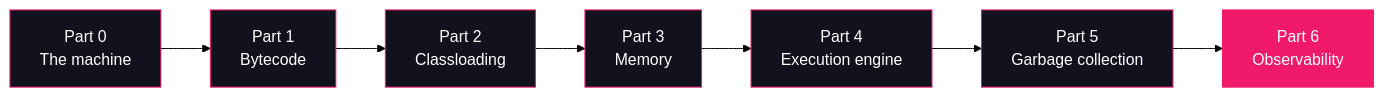
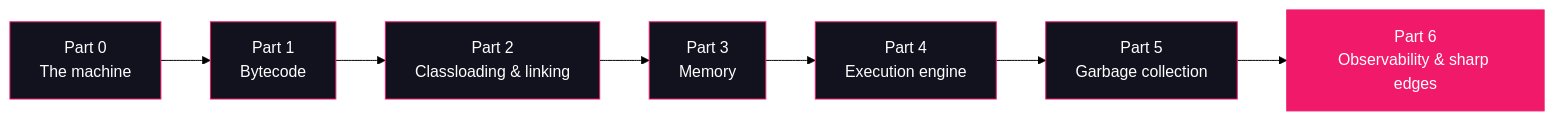
Before and after one commit to Dancan254/jvm-internals: the diagram in README.md, drawn with Mermaid (forest theme). The commit also changed 7 other files, not shown here.

````diff
--- a/README.md
+++ b/README.md
@@ -58,17 +58,17 @@
 ```mermaid
 flowchart LR
     P0["Part 0<br/>The machine"] --> P1["Part 1<br/>Bytecode"]
-    P1 --> P2["Part 2<br/>Classloading"]
+    P1 --> P2["Part 2<br/>Classloading & linking"]
     P2 --> P3["Part 3<br/>Memory"]
     P3 --> P4["Part 4<br/>Execution engine"]
     P4 --> P5["Part 5<br/>Garbage collection"]
-    P5 --> P6["Part 6<br/>Observability"]
+    P5 --> P6["Part 6<br/>Observability & sharp edges"]
 
     style P0 fill:#12121f,stroke:#f0196a,color:#fff
     style P1 fill:#12121f,stroke:#f0196a,color:#fff
     style P2 fill:#12121f,stroke:#f0196a,color:#fff
     style P3 fill:#12121f,stroke:#f0196a,color:#fff
     style P4 fill:#12121f,stroke:#f0196a,color:#fff
     style P5 fill:#12121f,stroke:#f0196a,color:#fff
     style P6 fill:#f0196a,stroke:#f0196a,color:#fff
 ```
````
